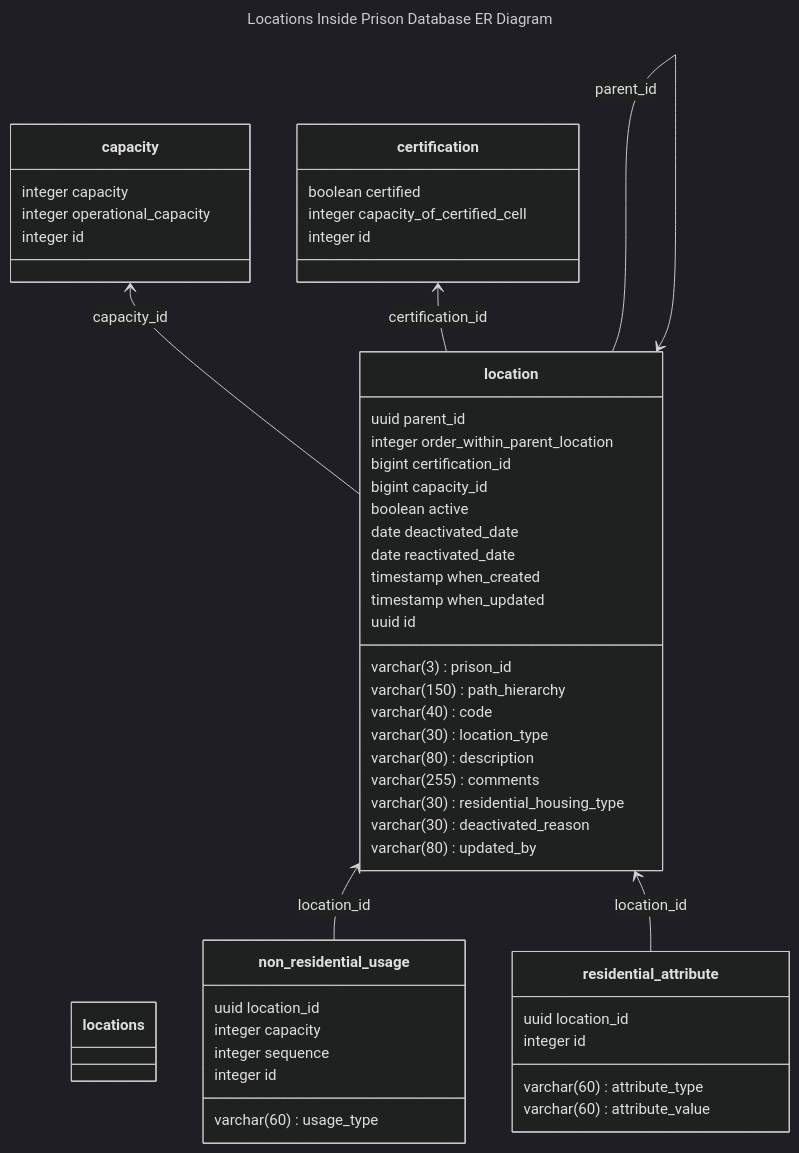
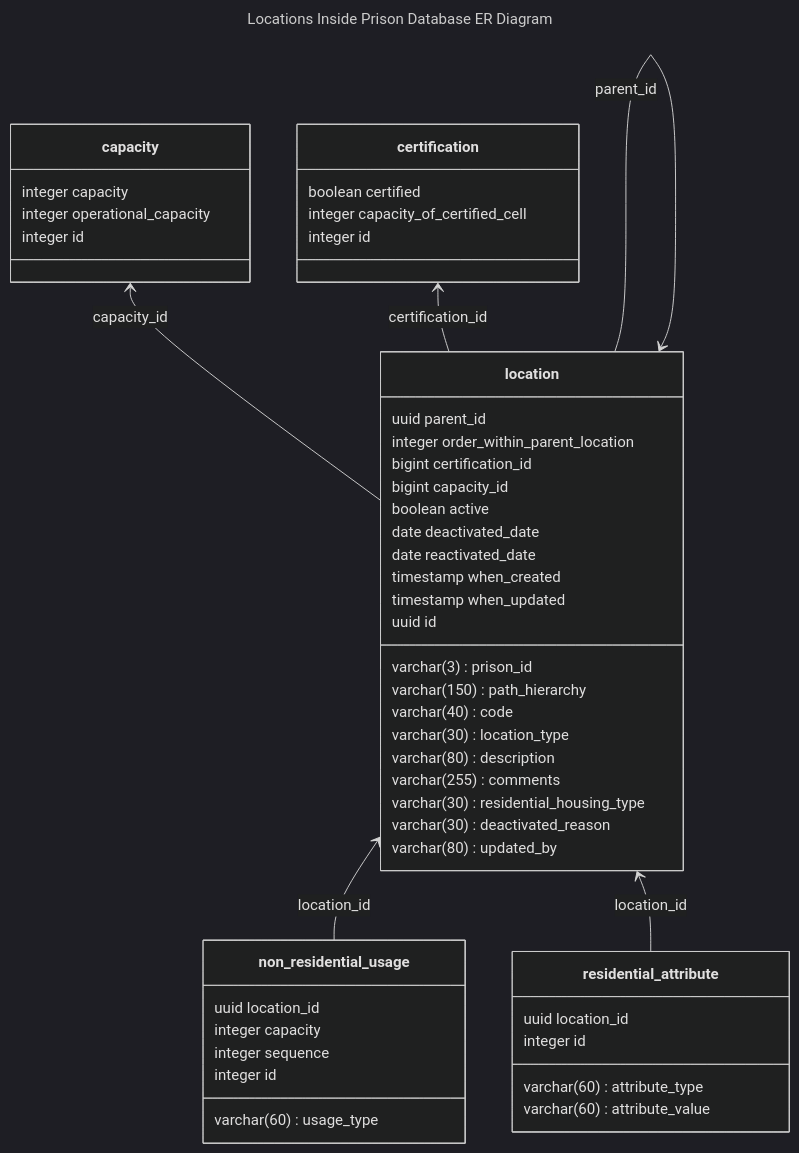
One commit to ministryofjustice/hmpps-locations-inside-prison-api changed the first of 2 diagrams in docs/0004-location-db-design.md. Above: the diagram before and after it, drawn with Mermaid (dark theme). The commit also changed other lines of this file and 6 other files, not shown here.

````diff
--- a/docs/0004-location-db-design.md
+++ b/docs/0004-location-db-design.md
@@ -15,59 +15,59 @@
 ```mermaid
 ---
 title: Locations Inside Prison Database ER Diagram
 ---
 
 classDiagram
     direction BT
     class capacity {
         integer capacity
         integer operational_capacity
         integer id
     }
     class certification {
         boolean certified
         integer capacity_of_certified_cell
         integer id
     }
     class location {
         varchar(3) prison_id
         varchar(150) path_hierarchy
         varchar(40) code
         varchar(30) location_type
         uuid parent_id
         varchar(80) description
         varchar(255) comments
         integer order_within_parent_location
         varchar(30) residential_housing_type
         bigint certification_id
         bigint capacity_id
         boolean active
         date deactivated_date
         varchar(30) deactivated_reason
         date reactivated_date
         timestamp when_created
         timestamp when_updated
         varchar(80) updated_by
         uuid id
     }
-    class locations
+
     class non_residential_usage {
         uuid location_id
         varchar(60) usage_type
         integer capacity
         integer sequence
         integer id
     }
     class residential_attribute {
         uuid location_id
         varchar(60) attribute_type
         varchar(60) attribute_value
         integer id
     }
 
     location  -->  capacity : capacity_id
     location  -->  certification : certification_id
     location  -->  location : parent_id
     non_residential_usage  -->  location : location_id
     residential_attribute  -->  location : location_id
 ```
````
